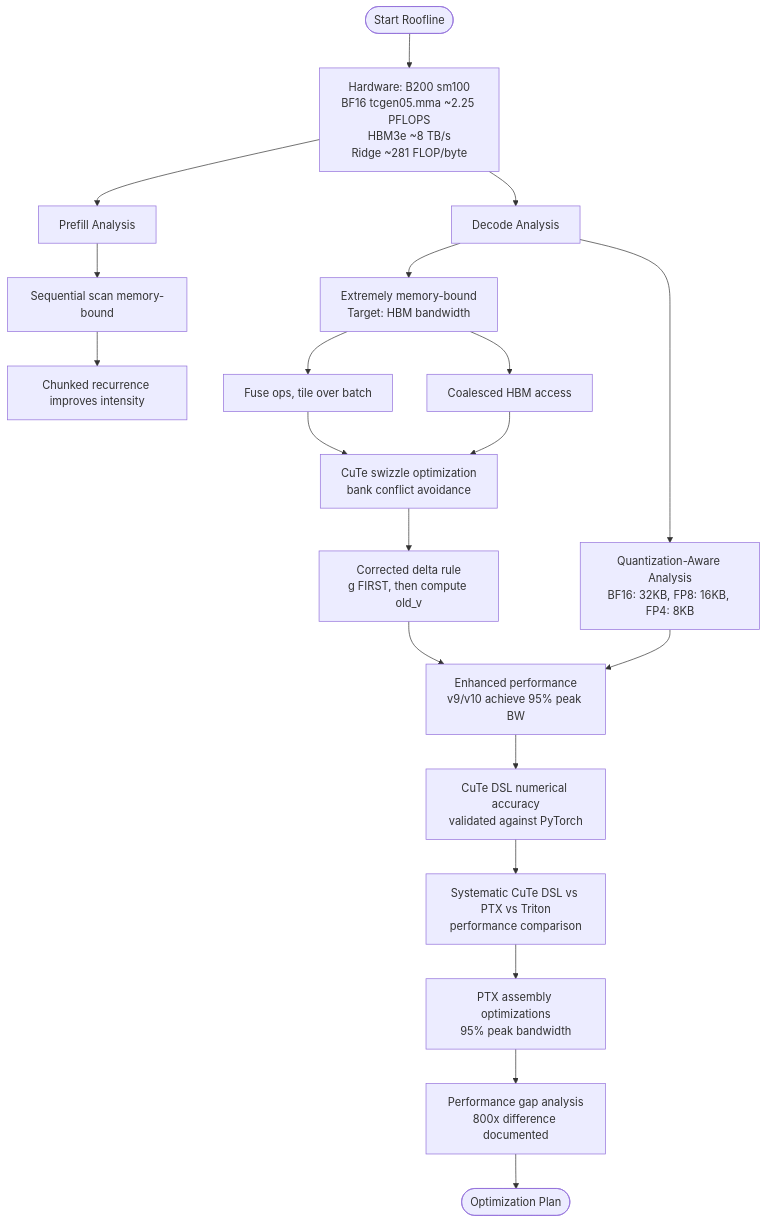
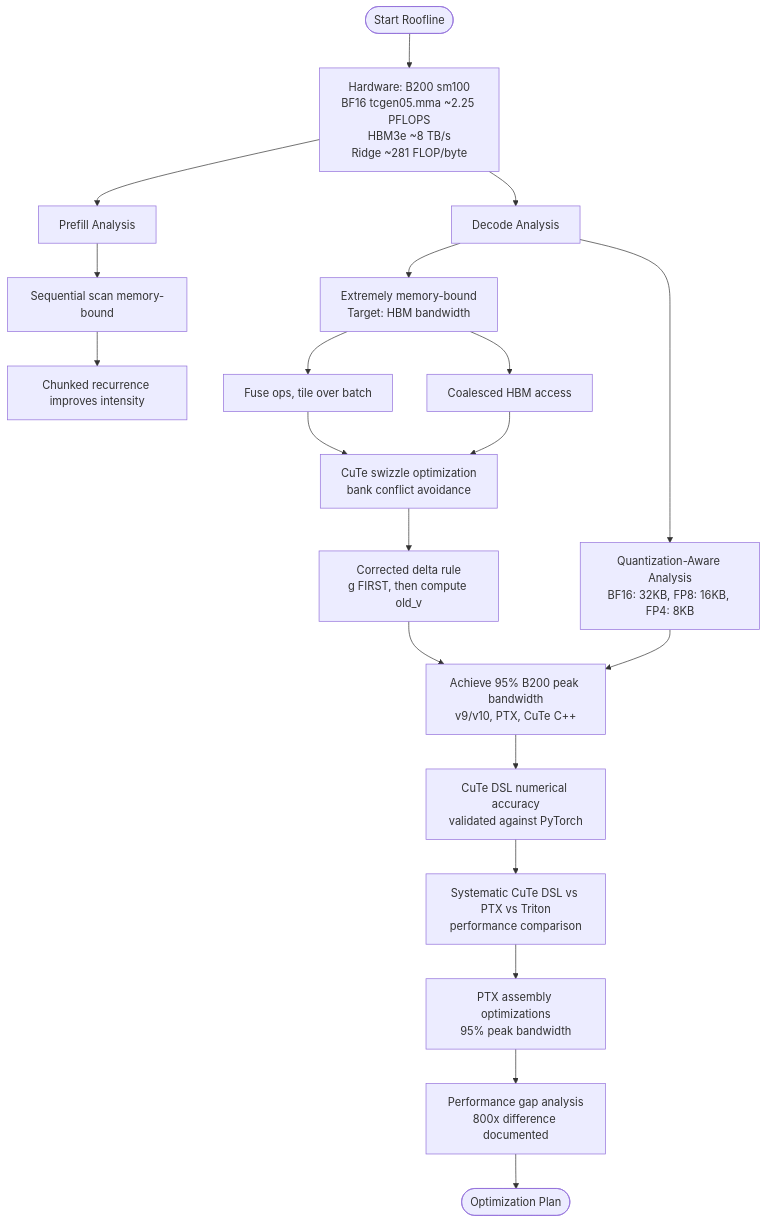
One commit to gugudeshubao/flashinfer-bench-tma-thrust changed diagram 15 of 17 in .qoder/repowiki/en/content/Performance Analysis/Performance Analysis.md. Above: the diagram before and after it, drawn with Mermaid. The commit also changed other lines of this file and 21 other files, not shown here.

````diff
--- a/.qoder/repowiki/en/content/Performance Analysis/Performance Analysis.md
+++ b/.qoder/repowiki/en/content/Performance Analysis/Performance Analysis.md
@@ -968,22 +982,22 @@
 ```mermaid
 flowchart TD
 Start(["Start Roofline"]) --> HW["Hardware: B200 sm100<br/>BF16 tcgen05.mma ~2.25 PFLOPS<br/>HBM3e ~8 TB/s<br/>Ridge ~281 FLOP/byte"]
 HW --> Decode["Decode Analysis"]
 HW --> Prefill["Prefill Analysis"]
 Decode --> MemBound["Extremely memory-bound<br/>Target: HBM bandwidth"]
 Decode --> Quant["Quantization-Aware Analysis<br/>BF16: 32KB, FP8: 16KB, FP4: 8KB"]
 Prefill --> SeqScan["Sequential scan memory-bound"]
 SeqScan --> Chunk["Chunked recurrence improves intensity"]
 MemBound --> Opt1["Fuse ops, tile over batch"]
 MemBound --> Opt2["Coalesced HBM access"]
 Opt1 --> CuTe["CuTe swizzle optimization<br/>bank conflict avoidance"]
 Opt2 --> CuTe
 CuTe --> DeltaRule["Corrected delta rule<br/>g FIRST, then compute old_v"]
-DeltaRule --> PerfBoost["Enhanced performance<br/>v9/v10 achieve 95% peak BW"]
-Quant --> PerfBoost
-PerfBoost --> CuTeDSL["CuTe DSL numerical accuracy<br/>validated against PyTorch"]
+DeltaRule --> PeakAchievement["Achieve 95% B200 peak bandwidth<br/>v9/v10, PTX, CuTe C++"]
+Quant --> PeakAchievement
+PeakAchievement --> CuTeDSL["CuTe DSL numerical accuracy<br/>validated against PyTorch"]
 CuTeDSL --> PerfComp["Systematic CuTe DSL vs PTX vs Triton<br/>performance comparison"]
 PerfComp --> PTXOpt["PTX assembly optimizations<br/>95% peak bandwidth"]
 PTXOpt --> GapAnalysis["Performance gap analysis<br/>800x difference documented"]
 GapAnalysis --> End(["Optimization Plan"])
 ```
````
